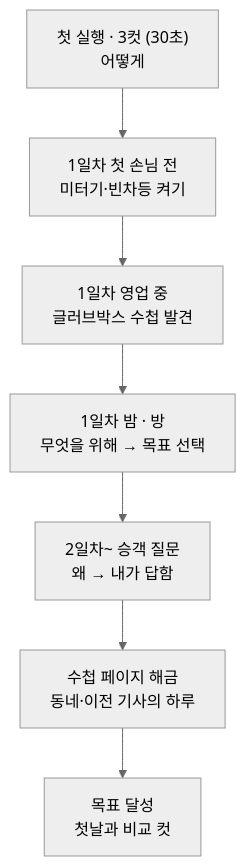
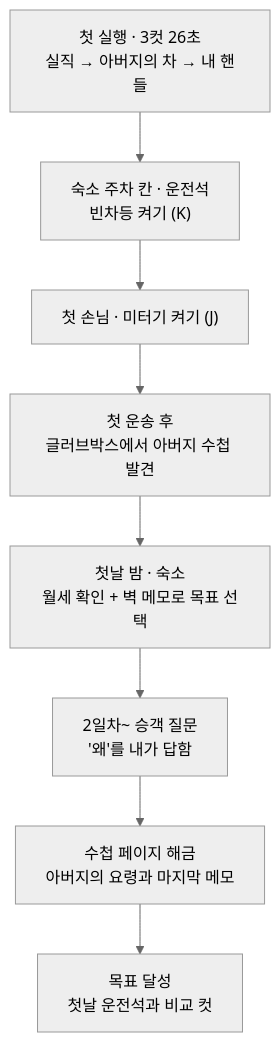
The diagram in docs/content-design/33-backstory-presentation.md (herothgf-cell/project-b), drawn with Mermaid (neutral theme) before and after one commit. The commit also changed other lines of this file and 20 other files, not shown here.

````diff
--- a/docs/content-design/33-backstory-presentation.md
+++ b/docs/content-design/33-backstory-presentation.md
@@ -27,9 +27,10 @@
 ```mermaid
 flowchart TD
-  A["첫 실행 · 3컷 (30초)<br/>어떻게"] --> B["1일차 첫 손님 전<br/>미터기·빈차등 켜기"]
-  B --> C["1일차 영업 중<br/>글러브박스 수첩 발견"]
-  C --> D["1일차 밤 · 방<br/>무엇을 위해 → 목표 선택"]
-  D --> E["2일차~ 승객 질문<br/>왜 → 내가 답함"]
-  E --> F["수첩 페이지 해금<br/>동네·이전 기사의 하루"]
-  F --> G["목표 달성<br/>첫날과 비교 컷"]
+  A["첫 실행 · 3컷 26초<br/>실직 → 아버지의 차 → 내 핸들"] --> B["숙소 주차 칸 · 운전석<br/>빈차등 켜기 (K)"]
+  B --> C["첫 손님 · 미터기 켜기 (J)"]
+  C --> D["첫 운송 후<br/>글러브박스에서 아버지 수첩 발견"]
+  D --> E["첫날 밤 · 숙소<br/>월세 확인 + 벽 메모로 목표 선택"]
+  E --> F["2일차~ 승객 질문<br/>'왜'를 내가 답함"]
+  F --> G["수첩 페이지 해금<br/>아버지의 요령과 마지막 메모"]
+  G --> H["목표 달성<br/>첫날 운전석과 비교 컷"]
 ```
````
